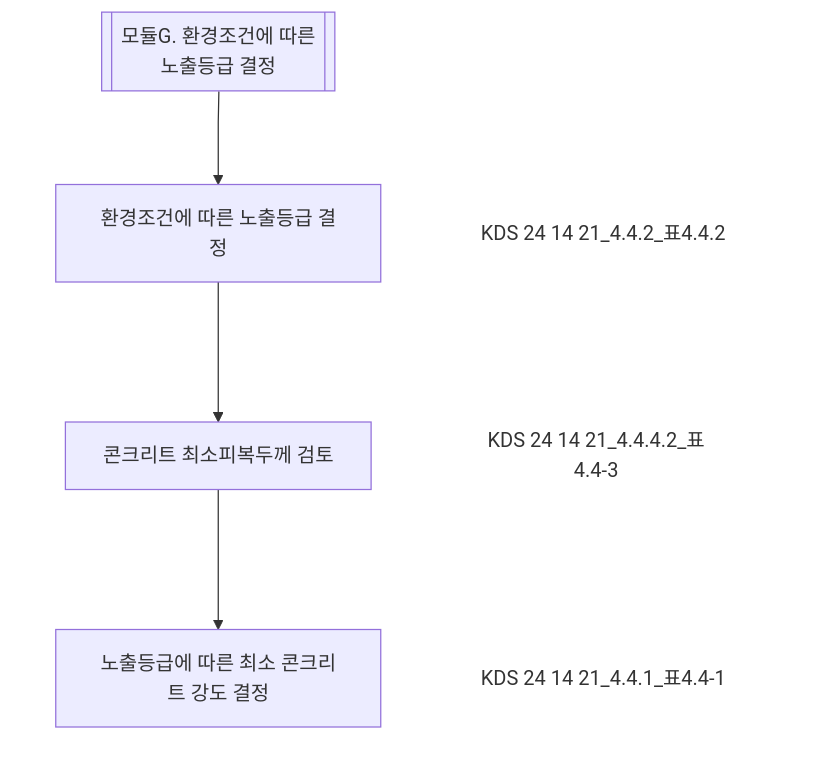
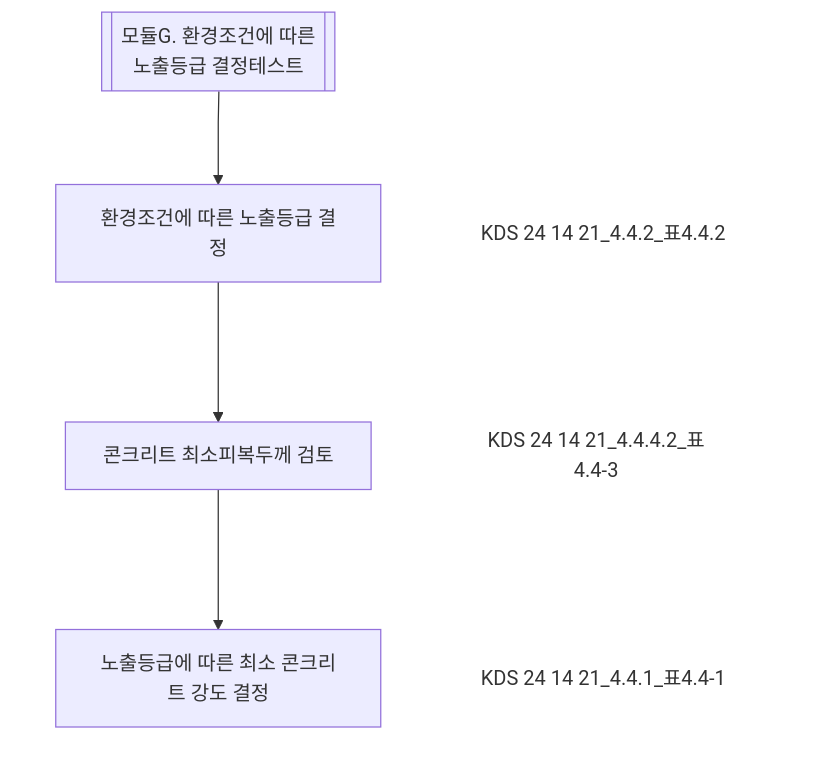
Before and after one commit to tomoknetwork/jekyll-theme-rtd: the diagram in docs/module/module_g.md, drawn with Mermaid.

````diff
--- a/docs/module/module_g.md
+++ b/docs/module/module_g.md
@@ -9,41 +9,41 @@
 ```mermaid
 %%{ init: { 'flowchart': { 'curve': 'linear' } } }%%
 flowchart TD
     %% 그래프 노드
-    n1[[모듈G. 환경조건에 따른\n노출등급 결정]]
+    n1[[모듈G. 환경조건에 따른\n노출등급 결정테스트]]
     subgraph s1[" "]
         n2[환경조건에 따른 노출등급 결정]
         l2[KDS 24 14 21_4.4.2_표4.4.2]
     end
     subgraph s2[" "]
         n3[콘크리트 최소피복두께 검토]
         l3[KDS 24 14 21_4.4.4.2_표4.4-3]
     end
     subgraph s3[" "]
         n4[노출등급에 따른 최소 콘크리트 강도 결정]
         l4[KDS 24 14 21_4.4.1_표4.4-1]
     end
 
     %% 그래프 엣지
     n1-->n2-->n3-->n4
 
     %% 링크
     click l2 href "https://www.kcsc.re.kr/StandardCode/Viewer/40145#title-1953" _blank
     click l3 href "https://www.kcsc.re.kr/StandardCode/Viewer/40145#title-2069" _blank
     click l4 href "https://www.kcsc.re.kr/StandardCode/Viewer/40145#title-1892" _blank
 
     
     %% 스타일 정의
     classDef transparent fill:none,stroke-width:0px
     classDef label fill:none,stroke-width:0px
     classDef white fill:#fff,stroke:#000
     classDef yellow fill:#f2eabd,stroke:#000
     classDef blue fill:#d7e8f5,stroke:#000
     classDef green fill:#d8f5d7,stroke:#000
     classDef gray fill:#ededed,stroke:#000
     classDef orange fill:#edc8ab,stroke:#000
 
     %% 스타일 적용
     class s1,s2,s3 transparent
     class l2,l3,l4 label
 ```
````
